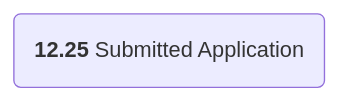
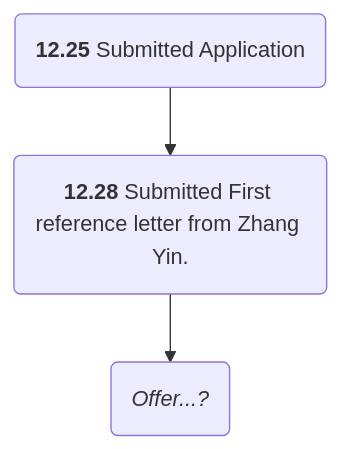
Before and after one commit to Revive-dontwanttocode/Revive-dontwanttocode.github.io: the seventh of 14 diagrams in _posts/2023-12-15-24Fall申请记录.md, drawn with Mermaid. The commit also changed other lines of this file and 2 other files, not shown here.

````diff
--- a/_posts/2023-12-15-24Fall申请记录.md
+++ b/_posts/2023-12-15-24Fall申请记录.md
@@ -171,9 +171,11 @@
 ```mermaid
 flowchart
 
 Submit("`**12.25** Submitted Application`")
 
+Reference1("`**12.28** Submitted First reference letter from Zhang Yin.`")
 
+Offer("`*Offer...?*`")
 
-Submit
+Submit --> Reference1 --> Offer
 ```
````
